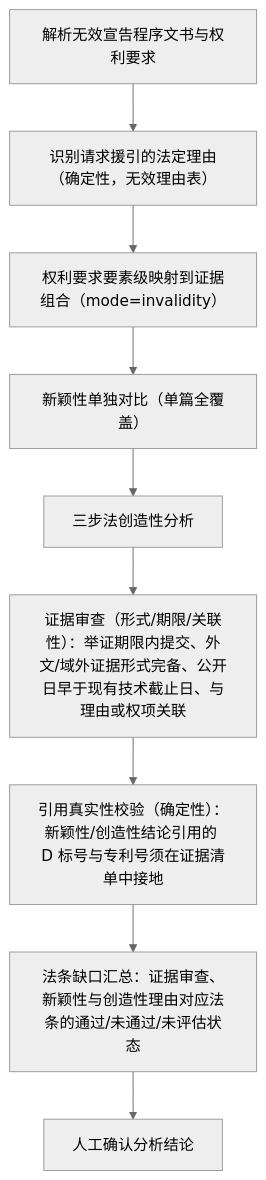
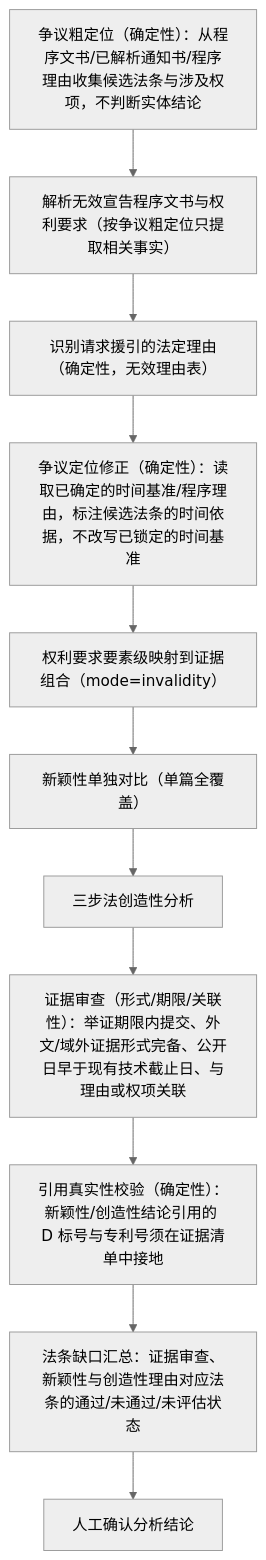
Before and after one commit to xujian519/deepseek-harness: the diagram in snapshots/session/patent-invalidation/workspace.expected/data/cases/CN2024-0002/workflow-runs/CN2024-0002__patent_invalidation_v1.mmd, drawn with Mermaid (neutral theme). The commit also changed 82 other files, not shown here.

```diff
--- a/snapshots/session/patent-invalidation/workspace.expected/data/cases/CN2024-0002/workflow-runs/CN2024-0002__patent_invalidation_v1.mmd
+++ b/snapshots/session/patent-invalidation/workspace.expected/data/cases/CN2024-0002/workflow-runs/CN2024-0002__patent_invalidation_v1.mmd
@@ -1,18 +1,22 @@
 flowchart TD
-  parse["解析无效宣告程序文书与权利要求"]
+  dispute-framing["争议粗定位（确定性）：从程序文书/已解析通知书/程序理由收集候选法条与涉及权项，不判断实体结论"]
+  parse["解析无效宣告程序文书与权利要求（按争议粗定位只提取相关事实）"]
   grounds["识别请求援引的法定理由（确定性，无效理由表）"]
+  dispute-framing-refine["争议定位修正（确定性）：读取已确定的时间基准/程序理由，标注候选法条的时间依据，不改写已锁定的时间基准"]
   claim-chart["权利要求要素级映射到证据组合（mode=invalidity）"]
   novelty["新颖性单独对比（单篇全覆盖）"]
   inventiveness["三步法创造性分析"]
   evidence-check["证据审查（形式/期限/关联性）：举证期限内提交、外文/域外证据形式完备、公开日早于现有技术截止日、与理由或权项关联"]
   citation-check["引用真实性校验（确定性）：新颖性/创造性结论引用的 D 标号与专利号须在证据清单中接地"]
   legal_gaps["法条缺口汇总：证据审查、新颖性与创造性理由对应法条的通过/未通过/未评估状态"]
   approval["人工确认分析结论"]
+  dispute-framing --> parse
   parse --> grounds
-  grounds --> claim-chart
+  grounds --> dispute-framing-refine
+  dispute-framing-refine --> claim-chart
   claim-chart --> novelty
   novelty --> inventiveness
   inventiveness --> evidence-check
   evidence-check --> citation-check
   citation-check --> legal_gaps
   legal_gaps --> approval
```
